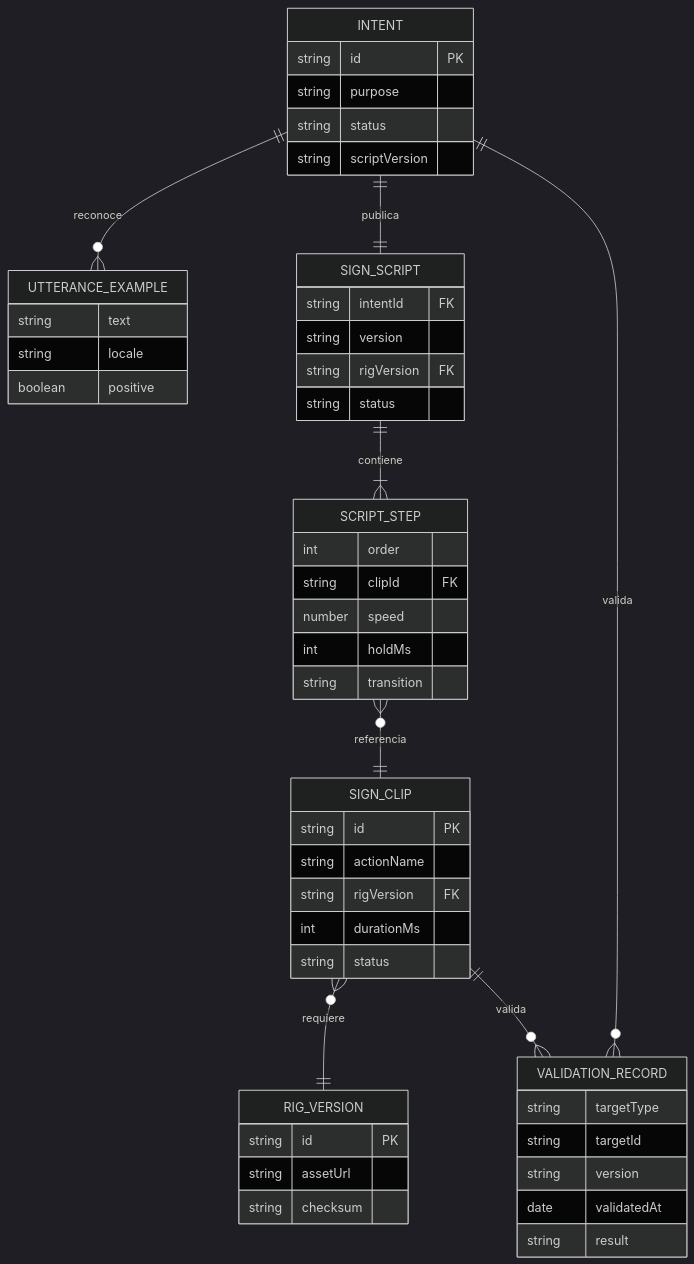
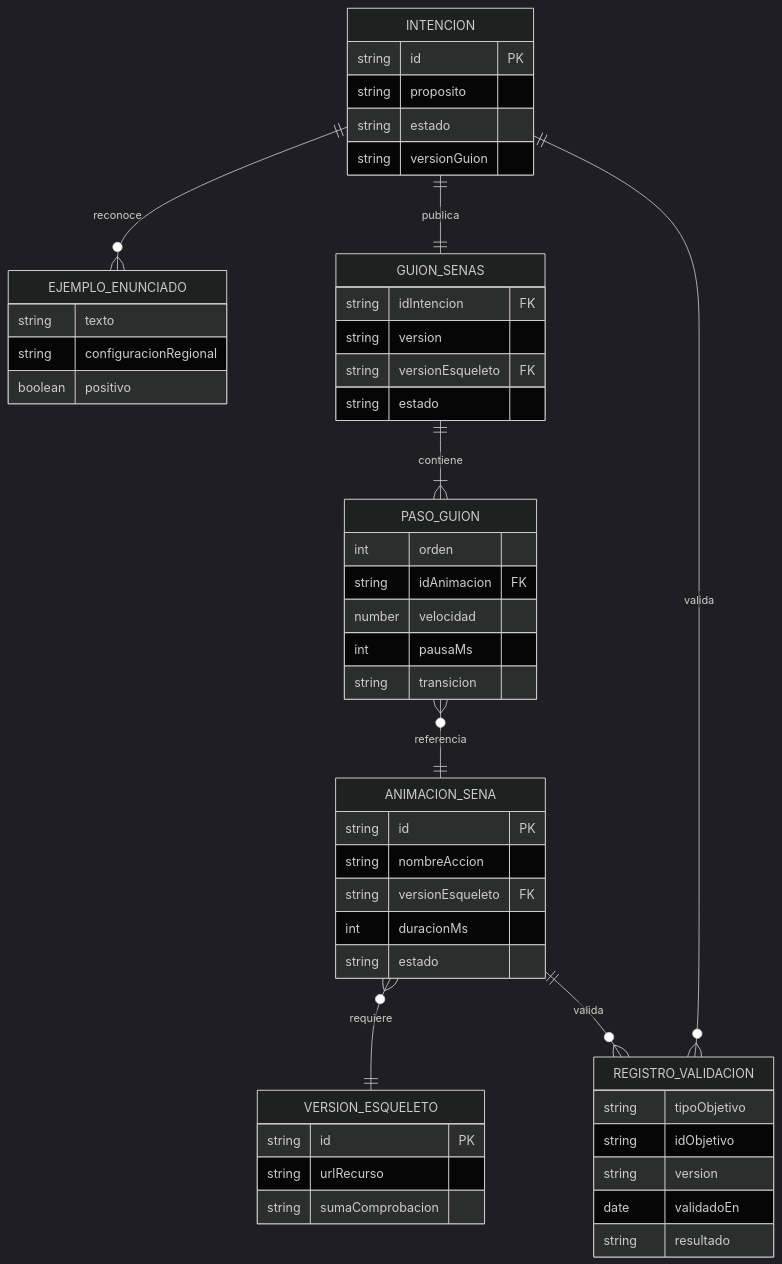
Before and after one commit to JhonatanC4STRO/NexoLSC: the diagram in docs/06-arquitectura/modelo-datos.md, drawn with Mermaid (dark theme). The commit also changed other lines of this file and 41 other files, not shown here.

````diff
--- a/docs/06-arquitectura/modelo-datos.md
+++ b/docs/06-arquitectura/modelo-datos.md
@@ -8,54 +8,54 @@
 ```mermaid
 erDiagram
-    INTENT ||--o{ UTTERANCE_EXAMPLE : reconoce
-    INTENT ||--|| SIGN_SCRIPT : publica
-    SIGN_SCRIPT ||--|{ SCRIPT_STEP : contiene
-    SCRIPT_STEP }o--|| SIGN_CLIP : referencia
-    SIGN_CLIP }o--|| RIG_VERSION : requiere
-    INTENT ||--o{ VALIDATION_RECORD : valida
-    SIGN_CLIP ||--o{ VALIDATION_RECORD : valida
+    INTENCION ||--o{ EJEMPLO_ENUNCIADO : reconoce
+    INTENCION ||--|| GUION_SENAS : publica
+    GUION_SENAS ||--|{ PASO_GUION : contiene
+    PASO_GUION }o--|| ANIMACION_SENA : referencia
+    ANIMACION_SENA }o--|| VERSION_ESQUELETO : requiere
+    INTENCION ||--o{ REGISTRO_VALIDACION : valida
+    ANIMACION_SENA ||--o{ REGISTRO_VALIDACION : valida
 
-    INTENT {
+    INTENCION {
       string id PK
-      string purpose
-      string status
-      string scriptVersion
+      string proposito
+      string estado
+      string versionGuion
     }
-    UTTERANCE_EXAMPLE {
-      string text
-      string locale
-      boolean positive
+    EJEMPLO_ENUNCIADO {
+      string texto
+      string configuracionRegional
+      boolean positivo
     }
-    SIGN_SCRIPT {
-      string intentId FK
+    GUION_SENAS {
+      string idIntencion FK
       string version
-      string rigVersion FK
-      string status
+      string versionEsqueleto FK
+      string estado
     }
-    SCRIPT_STEP {
-      int order
-      string clipId FK
-      number speed
-      int holdMs
-      string transition
+    PASO_GUION {
+      int orden
+      string idAnimacion FK
+      number velocidad
+      int pausaMs
+      string transicion
     }
-    SIGN_CLIP {
+    ANIMACION_SENA {
       string id PK
-      string actionName
-      string rigVersion FK
-      int durationMs
-      string status
+      string nombreAccion
+      string versionEsqueleto FK
+      int duracionMs
+      string estado
     }
-    RIG_VERSION {
+    VERSION_ESQUELETO {
       string id PK
-      string assetUrl
-      string checksum
+      string urlRecurso
+      string sumaComprobacion
     }
-    VALIDATION_RECORD {
-      string targetType
-      string targetId
+    REGISTRO_VALIDACION {
+      string tipoObjetivo
+      string idObjetivo
       string version
-      date validatedAt
-      string result
+      date validadoEn
+      string resultado
     }
 ```
````
